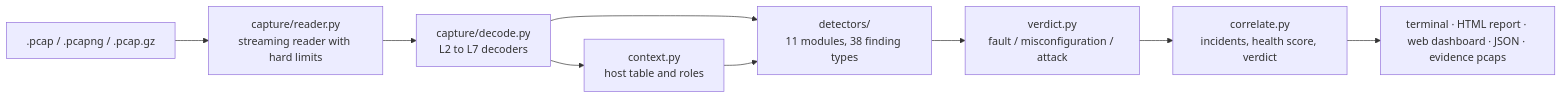
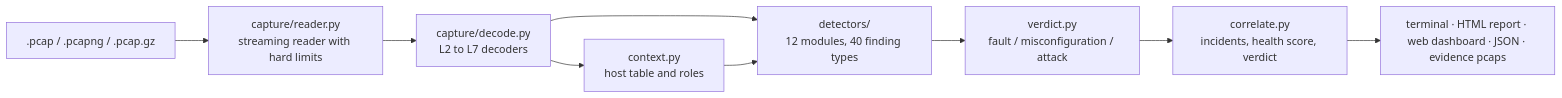
The diagram in README.md (YashvanthSankar/faultline), drawn with Mermaid before and after one commit. The commit also changed other lines of this file and 32 other files, not shown here.

````diff
--- a/README.md
+++ b/README.md
@@ -136,11 +136,11 @@
 ```mermaid
 flowchart LR
     F[".pcap / .pcapng / .pcap.gz"] --> R["capture/reader.py<br/>streaming reader with hard limits"]
     R --> D["capture/decode.py<br/>L2 to L7 decoders"]
     D --> H["context.py<br/>host table and roles"]
-    D --> DET["detectors/<br/>11 modules, 38 finding types"]
+    D --> DET["detectors/<br/>12 modules, 40 finding types"]
     H --> DET
     DET --> V["verdict.py<br/>fault / misconfiguration / attack"]
     V --> C["correlate.py<br/>incidents, health score, verdict"]
     C --> OUT["terminal · HTML report · web dashboard · JSON · evidence pcaps"]
 ```
````
